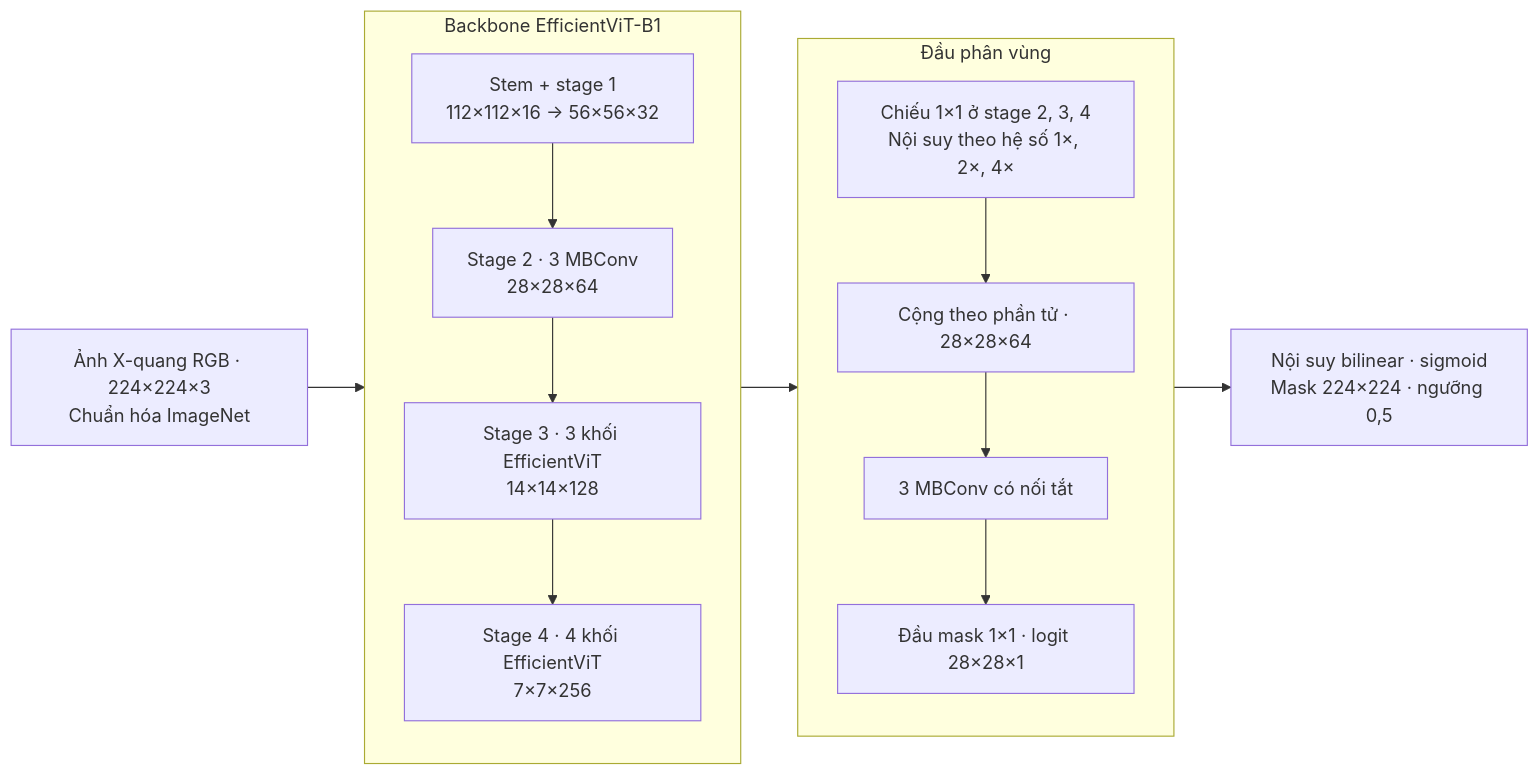
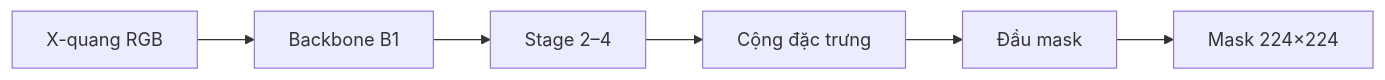
The second of 2 diagrams in README.vi.md (torusama/XLA-uia), drawn with Mermaid before and after one commit. The commit also changed other lines of this file and 3 other files, not shown here.

Commit message:
Simplify model diagrams and loop README demo clips

````diff
--- a/README.vi.md
+++ b/README.vi.md
@@ -106,17 +107,11 @@
 ```mermaid
+---
+config:
+  htmlLabels: false
+  flowchart:
+    htmlLabels: false
+---
 flowchart LR
-    I["Ảnh X-quang RGB · 224×224×3<br/>Chuẩn hóa ImageNet"]
-    subgraph B["Backbone EfficientViT-B1"]
-        direction TB
-        S01["Stem + stage 1<br/>112×112×16 → 56×56×32"] --> S2["Stage 2 · 3 MBConv<br/>28×28×64"]
-        S2 --> S3["Stage 3 · 3 khối EfficientViT<br/>14×14×128"]
-        S3 --> S4["Stage 4 · 4 khối EfficientViT<br/>7×7×256"]
-    end
-    subgraph H["Đầu phân vùng"]
-        direction TB
-        P["Chiếu 1×1 ở stage 2, 3, 4<br/>Nội suy theo hệ số 1×, 2×, 4×"] --> F["Cộng theo phần tử · 28×28×64"]
-        F --> M["3 MBConv có nối tắt"]
-        M --> L["Đầu mask 1×1 · logit 28×28×1"]
-    end
-    I --> B --> H --> O["Nội suy bilinear · sigmoid<br/>Mask 224×224 · ngưỡng 0,5"]
+    I["X-quang RGB"] --> B["Backbone B1"] --> P["Stage 2–4"]
+    P --> F["Cộng đặc trưng"] --> H["Đầu mask"] --> O["Mask 224×224"]
 ```
````
